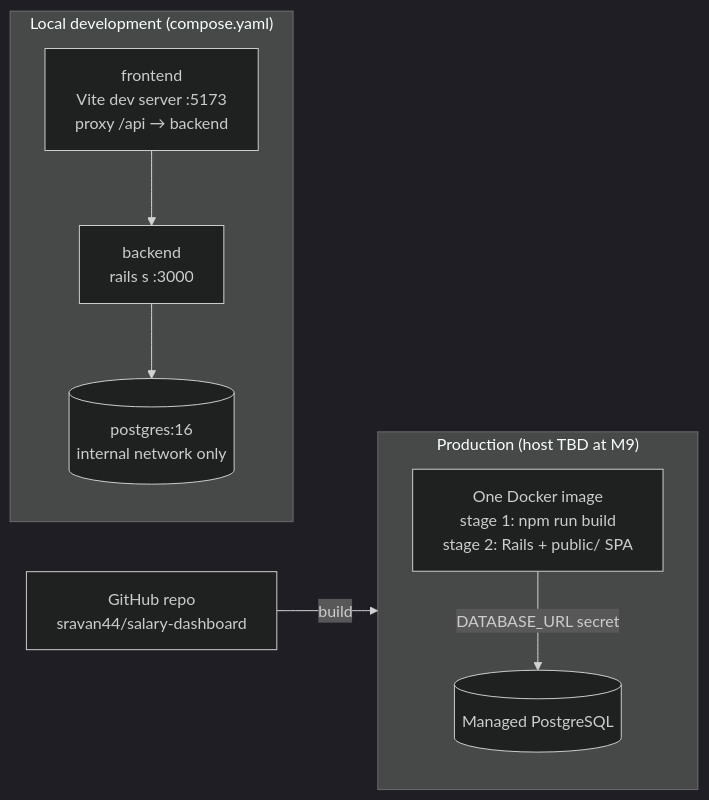
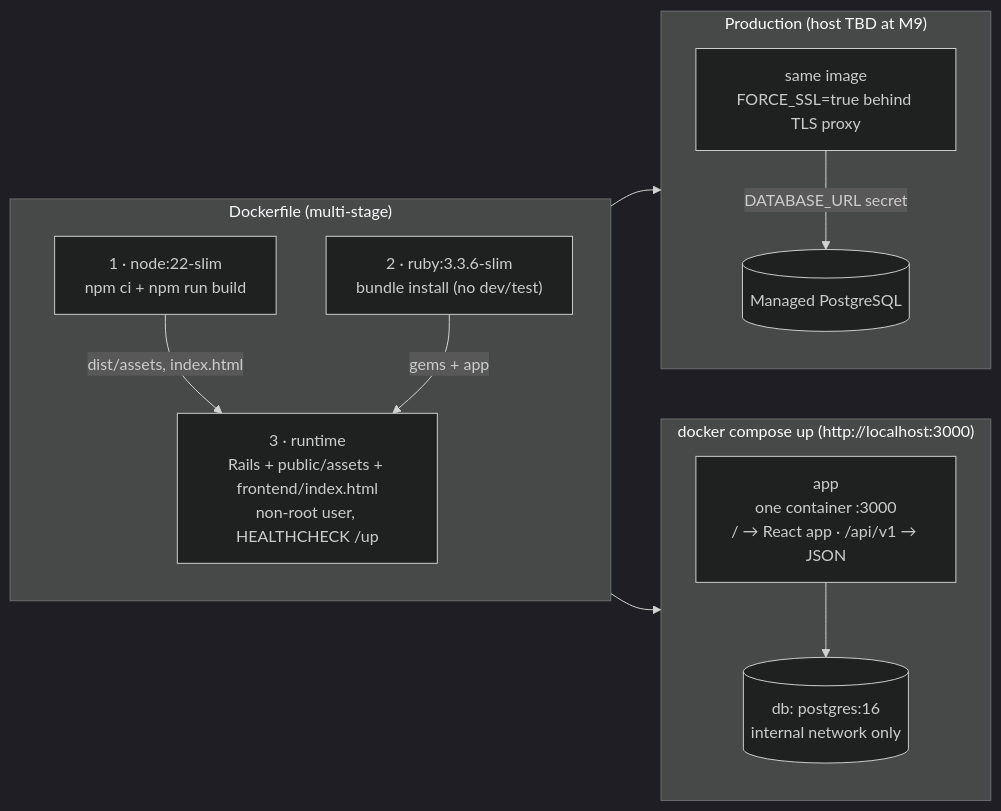
The eighth of 9 diagrams in docs/architecture-diagrams.md (sravan44/salary-dashboard), drawn with Mermaid (dark theme) before and after one commit. The commit also changed other lines of this file and 24 other files, not shown here.

First line of the commit message:
build: serve frontend and backend from one Docker container

````diff
--- a/docs/architecture-diagrams.md
+++ b/docs/architecture-diagrams.md
@@ -193,17 +193,25 @@
 ```mermaid
 flowchart LR
-  subgraph DEV["Local development (compose.yaml)"]
+  subgraph BUILD["Dockerfile (multi-stage)"]
     direction TB
-    FE["frontend<br/>Vite dev server :5173<br/>proxy /api → backend"]
-    BE["backend<br/>rails s :3000"]
-    PG[("postgres:16<br/>internal network only")]
-    FE --> BE --> PG
+    S1["1 · node:22-slim<br/>npm ci + npm run build"]
+    S2["2 · ruby:3.3.6-slim<br/>bundle install (no dev/test)"]
+    S3["3 · runtime<br/>Rails + public/assets + frontend/index.html<br/>non-root user, HEALTHCHECK /up"]
+    S1 -->|dist/assets, index.html| S3
+    S2 -->|gems + app| S3
+  end
+  subgraph LOCAL["docker compose up (http://localhost:3000)"]
+    direction TB
+    APP["app<br/>one container :3000<br/>/ → React app · /api/v1 → JSON"]
+    PG[("db: postgres:16<br/>internal network only")]
+    APP --> PG
   end
   subgraph PROD["Production (host TBD at M9)"]
     direction TB
-    IMG["One Docker image<br/>stage 1: npm run build<br/>stage 2: Rails + public/ SPA"]
+    IMG["same image<br/>FORCE_SSL=true behind TLS proxy"]
     MPG[("Managed PostgreSQL")]
     IMG -->|DATABASE_URL secret| MPG
   end
-  GIT["GitHub repo<br/>sravan44/salary-dashboard"] -->|build| IMG
+  S3 --> APP
+  S3 --> IMG
 ```
````
